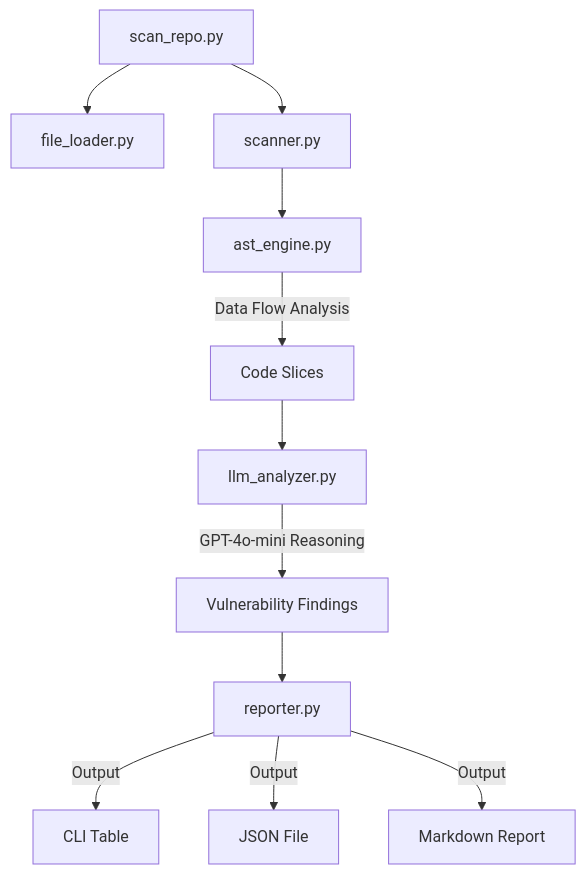
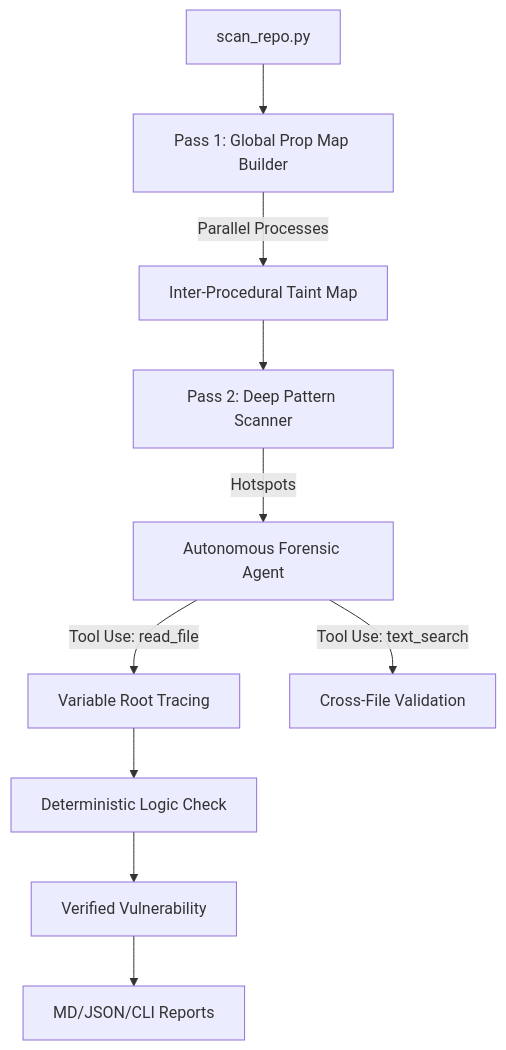
One commit to ritesh-ui/RepoGuard changed the diagram in README.md. Above: the diagram before and after it, drawn with Mermaid. The commit also changed other lines of this file and 25 other files, not shown here.

First line of the commit message:
feat: Architectural overhaul for high-precision security auditing

````diff
--- a/README.md
+++ b/README.md
@@ -39,13 +46,12 @@
 ```mermaid
 graph TD
-    CLI[scan_repo.py] --> FL[file_loader.py]
-    CLI --> SC[scanner.py]
-    SC --> AST[ast_engine.py]
-    AST -->|Data Flow Analysis| Slice[Code Slices]
-    Slice --> LLM[llm_analyzer.py]
-    LLM -->|GPT-4o-mini Reasoning| Findings[Vulnerability Findings]
-    Findings --> REP[reporter.py]
-    REP -->|Output| CLI_Out[CLI Table]
-    REP -->|Output| JSON_Out[JSON File]
-    REP -->|Output| MD_Out[Markdown Report]
+    CLI[scan_repo.py] --> P1[Pass 1: Global Prop Map Builder]
+    P1 -->|Parallel Processes| Map[Inter-Procedural Taint Map]
+    Map --> P2[Pass 2: Deep Pattern Scanner]
+    P2 -->|Hotspots| Agent[Autonomous Forensic Agent]
+    Agent -->|Tool Use: read_file| Root[Variable Root Tracing]
+    Agent -->|Tool Use: text_search| Cross[Cross-File Validation]
+    Root --> Logic[Deterministic Logic Check]
+    Logic --> Result[Verified Vulnerability]
+    Result --> Report[MD/JSON/CLI Reports]
 ```
````
